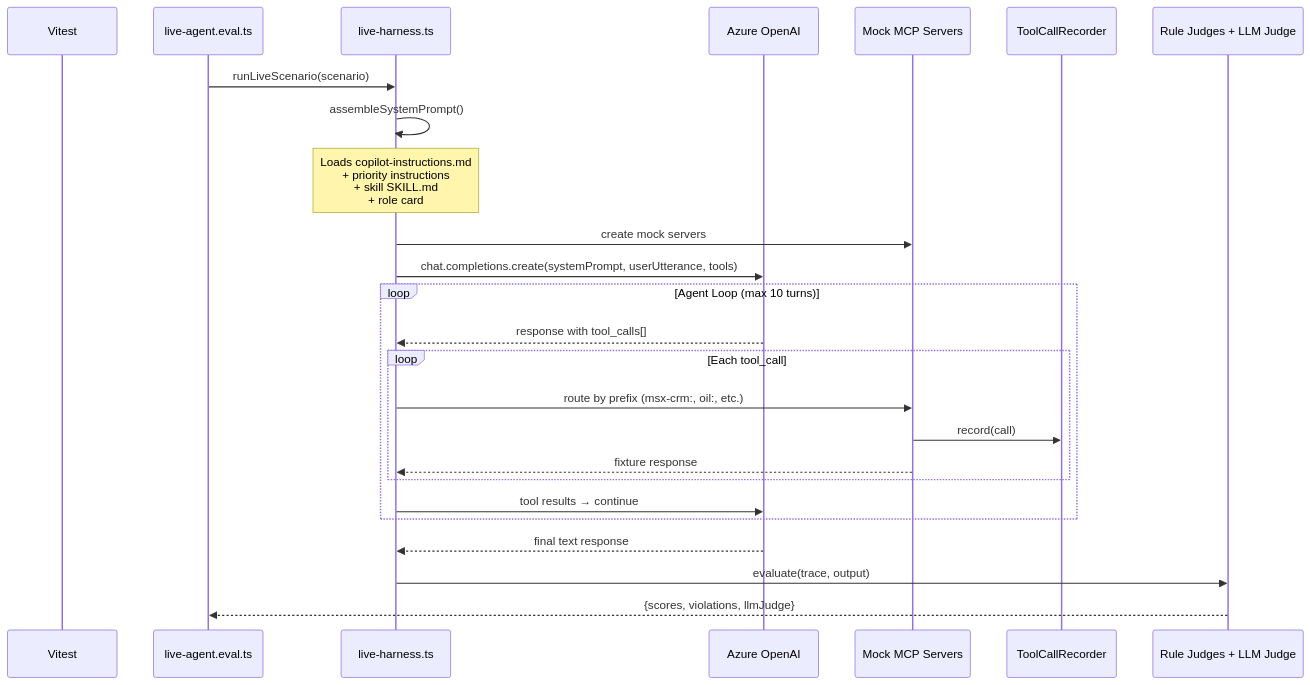
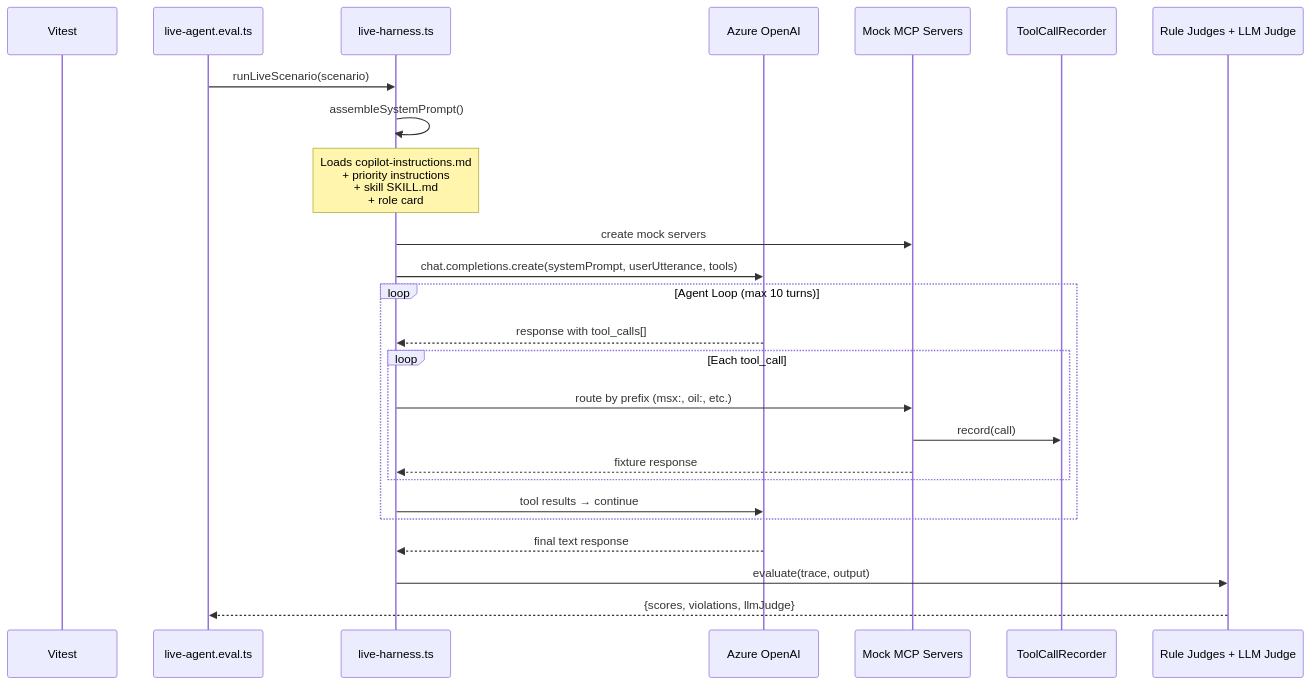
One commit to mjhoffmeister/MCAPS-IQ changed the eighth of 14 diagrams in site/docs/architecture/eval/architecture.md. Above: the diagram before and after it, drawn with Mermaid. The commit also changed other lines of this file and 77 other files, not shown here.

First line of the commit message:
Refactor documentation to replace `msx-crm` with `msx` across multiple files

````diff
--- a/site/docs/architecture/eval/architecture.md
+++ b/site/docs/architecture/eval/architecture.md
@@ -458,31 +458,31 @@
 ```mermaid
 sequenceDiagram
     participant Vitest
     participant LiveTest as live-agent.eval.ts
     participant LiveHarness as live-harness.ts
     participant Azure as Azure OpenAI
     participant Mocks as Mock MCP Servers
     participant Recorder as ToolCallRecorder
     participant Judges as Rule Judges + LLM Judge
 
     LiveTest->>LiveHarness: runLiveScenario(scenario)
     LiveHarness->>LiveHarness: assembleSystemPrompt()
     Note over LiveHarness: Loads copilot-instructions.md<br/>+ priority instructions<br/>+ skill SKILL.md<br/>+ role card
 
     LiveHarness->>Mocks: create mock servers
     LiveHarness->>Azure: chat.completions.create(systemPrompt, userUtterance, tools)
 
     loop Agent Loop (max 10 turns)
         Azure-->>LiveHarness: response with tool_calls[]
         loop Each tool_call
-            LiveHarness->>Mocks: route by prefix (msx-crm:, oil:, etc.)
+            LiveHarness->>Mocks: route by prefix (msx:, oil:, etc.)
             Mocks->>Recorder: record(call)
             Mocks-->>LiveHarness: fixture response
         end
         LiveHarness->>Azure: tool results → continue
     end
 
     Azure-->>LiveHarness: final text response
     LiveHarness->>Judges: evaluate(trace, output)
     Judges-->>LiveTest: {scores, violations, llmJudge}
 ```
````
